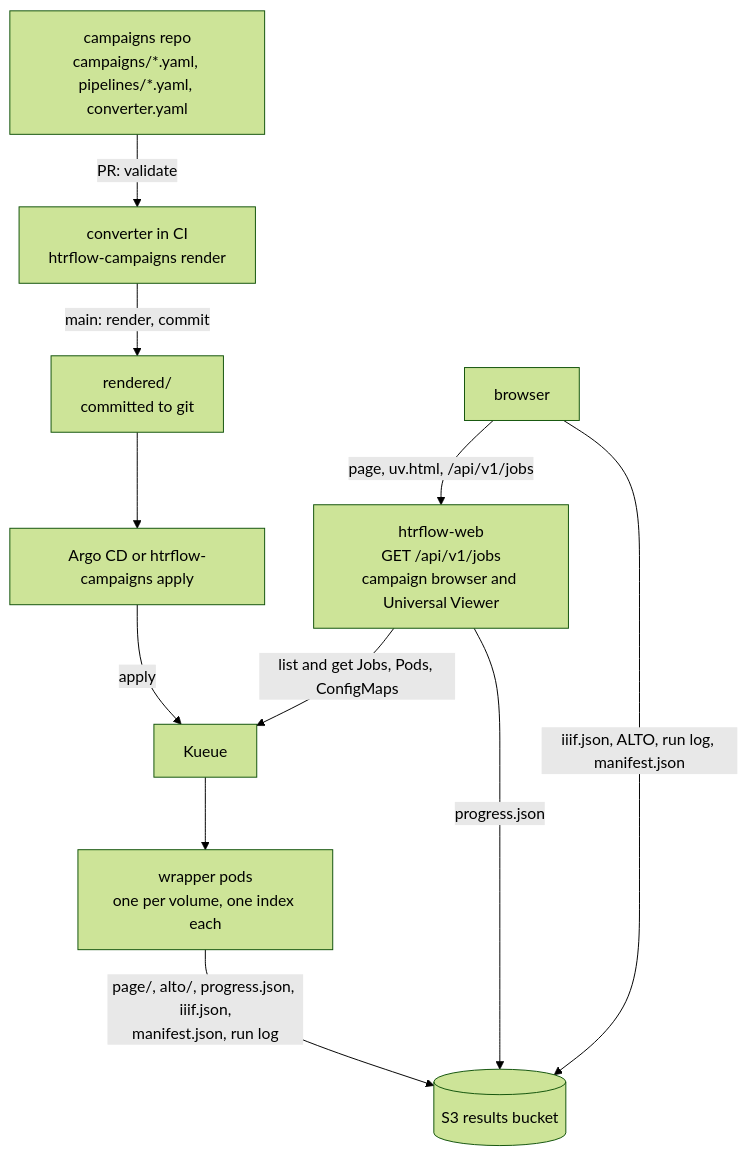
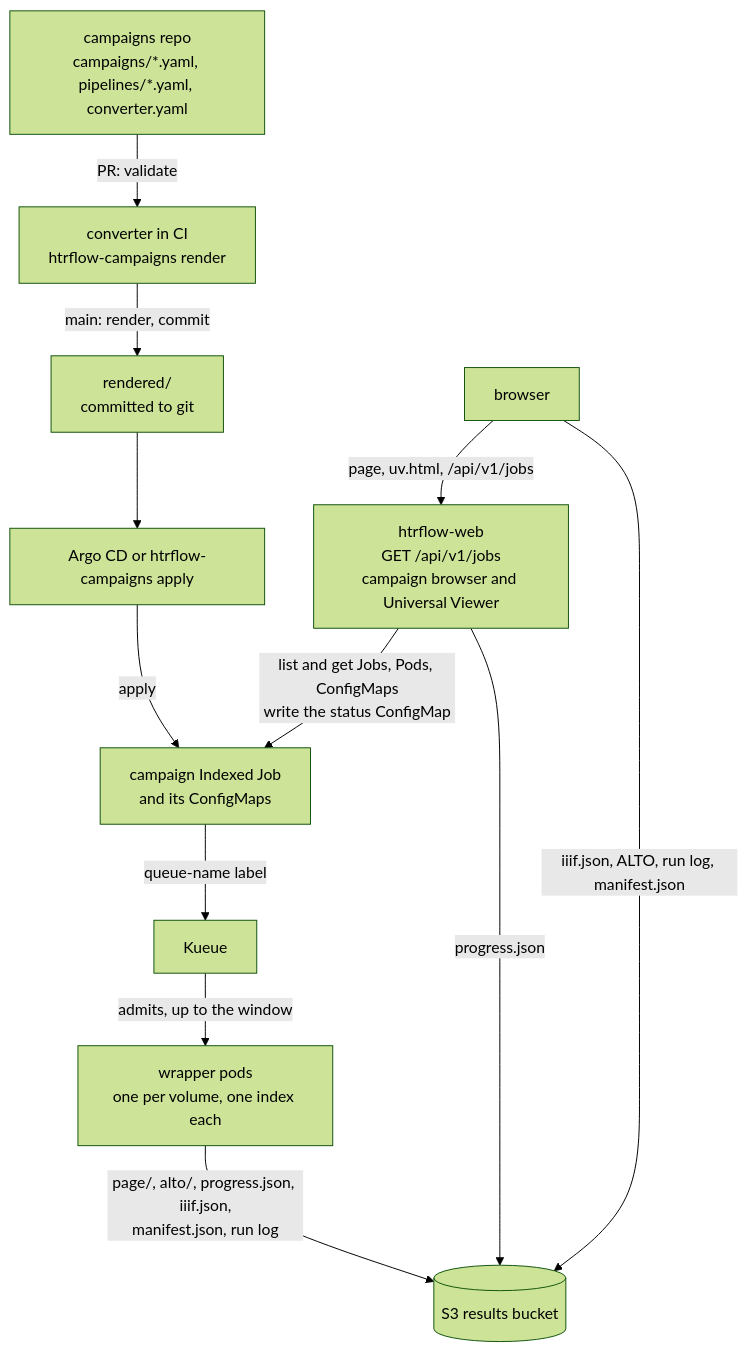
The diagram in docs/how-it-works/campaigns.md (AI-Riksarkivet/htrflow-batch), drawn with Mermaid (forest theme) before and after one commit. The commit also changed other lines of this file, not shown here.

First line of the commit message:
docs: the architecture edge, and who writes failedVolumes

````diff
--- a/docs/how-it-works/campaigns.md
+++ b/docs/how-it-works/campaigns.md
@@ -39,21 +39,23 @@
 ```mermaid
 flowchart TB
     G["campaigns repo<br/>campaigns/*.yaml, pipelines/*.yaml, converter.yaml"]
     C["converter in CI<br/>htrflow-campaigns render"]
     R["rendered/<br/>committed to git"]
     A["Argo CD or htrflow-campaigns apply"]
+    J["campaign Indexed Job<br/>and its ConfigMaps"]
     K["Kueue"]
     W["wrapper pods<br/>one per volume, one index each"]
     S[("S3 results bucket")]
     API["htrflow-web<br/>GET /api/v1/jobs<br/>campaign browser and Universal Viewer"]
     B["browser"]
 
     G -->|"PR: validate"| C
     C -->|"main: render, commit"| R
-    R --> A -->|apply| K --> W
+    R --> A -->|apply| J
+    J -->|"queue-name label"| K -->|"admits, up to the window"| W
     W -->|"page/, alto/, progress.json, iiif.json,<br/>manifest.json, run log"| S
-    API -->|"list and get Jobs, Pods, ConfigMaps"| K
+    API -->|"list and get Jobs, Pods, ConfigMaps<br/>write the status ConfigMap"| J
     API -->|"progress.json"| S
     B -->|"page, uv.html, /api/v1/jobs"| API
     B -->|"iiif.json, ALTO, run log, manifest.json"| S
 ```
````
